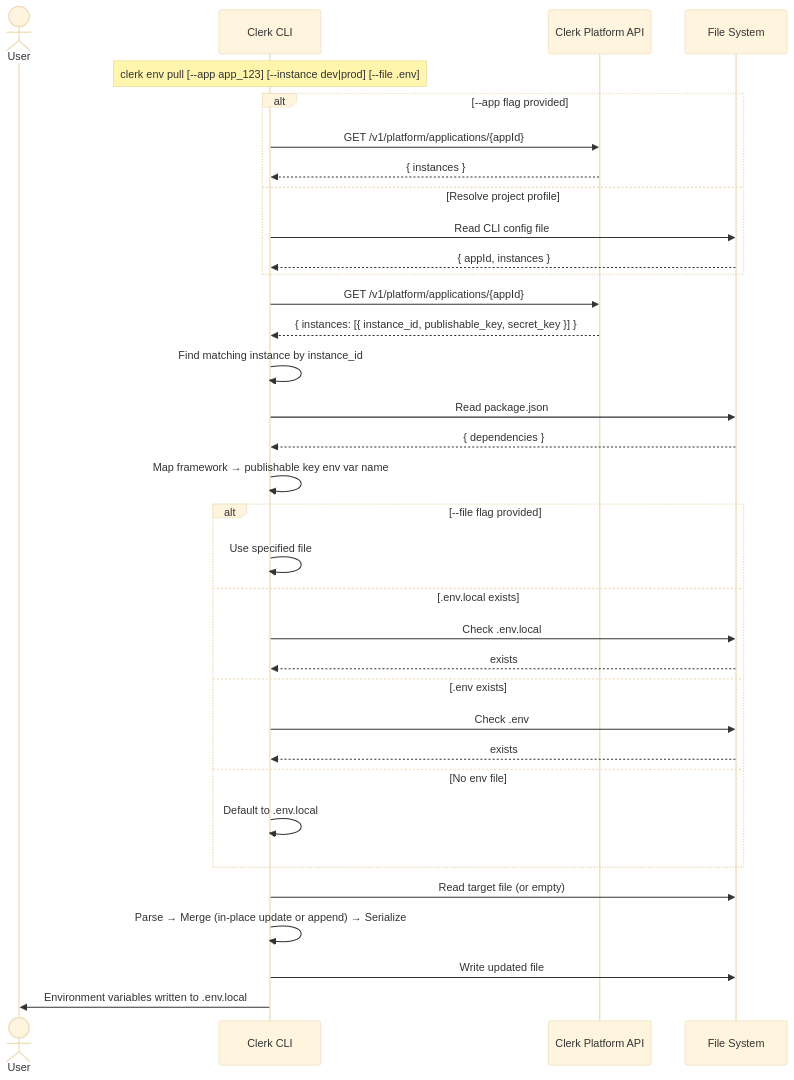
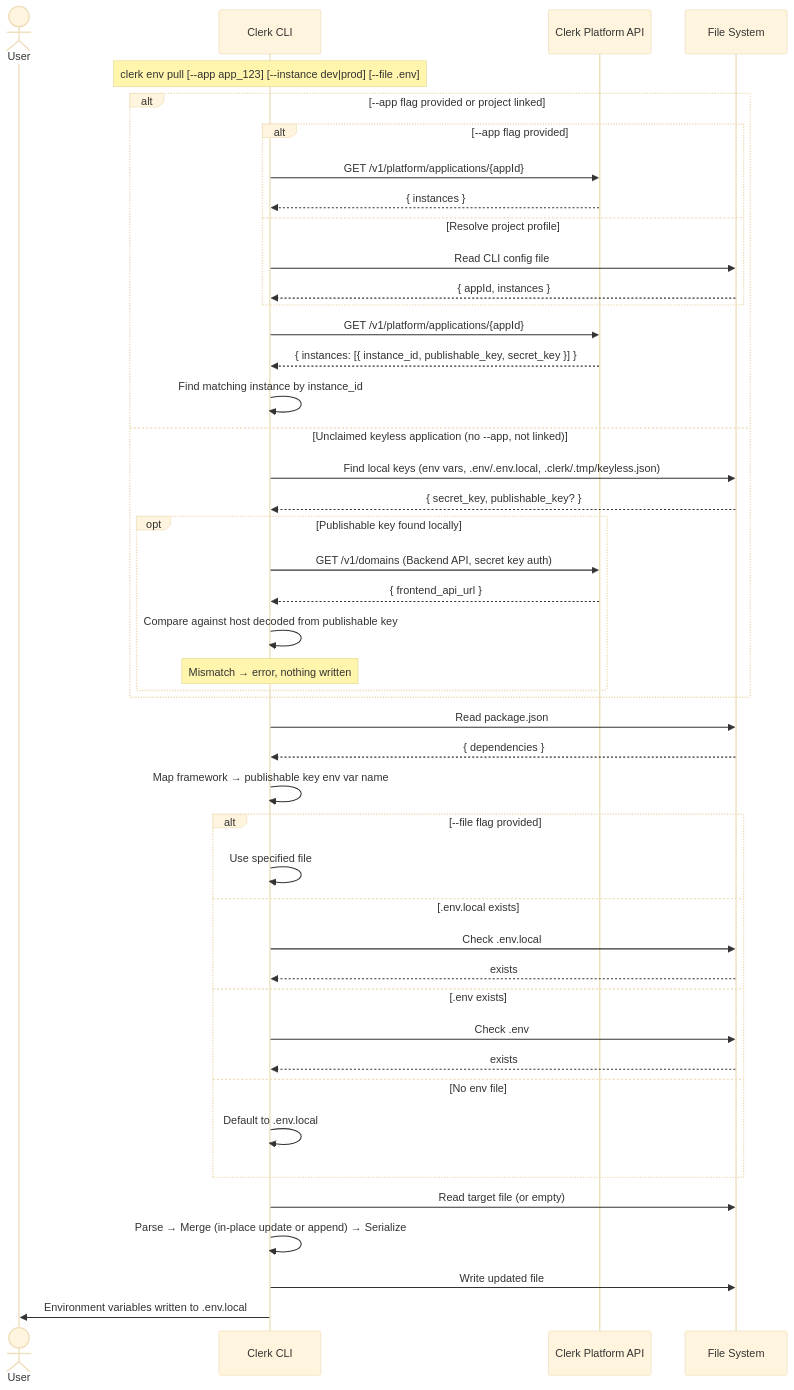
Before and after one commit to clerk/cli: the diagram in packages/cli-core/src/commands/env/README.md, drawn with Mermaid (base theme). The commit also changed other lines of this file and 52 other files, not shown here.

First line of the commit message:
feat(keyless): make keyless the default and let agents configure a keyless instance (#395)

````diff
--- a/packages/cli-core/src/commands/env/README.md
+++ b/packages/cli-core/src/commands/env/README.md
@@ -21,46 +25,57 @@
 ```mermaid
 sequenceDiagram
     actor User
     participant CLI as Clerk CLI
     participant API as Clerk Platform API
     participant FS as File System
 
     Note over CLI: clerk env pull [--app app_123] [--instance dev|prod] [--file .env]
 
-    alt --app flag provided
+    alt --app flag provided or project linked
+        alt --app flag provided
+            CLI->>API: GET /v1/platform/applications/{appId}
+            API-->>CLI: { instances }
+        else Resolve project profile
+            CLI->>FS: Read CLI config file
+            FS-->>CLI: { appId, instances }
+        end
+
+        %% Fetch application with keys
         CLI->>API: GET /v1/platform/applications/{appId}
-        API-->>CLI: { instances }
-    else Resolve project profile
-        CLI->>FS: Read CLI config file
-        FS-->>CLI: { appId, instances }
+        API-->>CLI: { instances: [{ instance_id, publishable_key, secret_key }] }
+        CLI->>CLI: Find matching instance by instance_id
+    else Unclaimed keyless application (no --app, not linked)
+        CLI->>FS: Find local keys (env vars, .env/.env.local, .clerk/.tmp/keyless.json)
+        FS-->>CLI: { secret_key, publishable_key? }
+        opt Publishable key found locally
+            CLI->>API: GET /v1/domains (Backend API, secret key auth)
+            API-->>CLI: { frontend_api_url }
+            CLI->>CLI: Compare against host decoded from publishable key
+            Note over CLI: Mismatch → error, nothing written
+        end
     end
-
-    %% Fetch application with keys
-    CLI->>API: GET /v1/platform/applications/{appId}
-    API-->>CLI: { instances: [{ instance_id, publishable_key, secret_key }] }
-    CLI->>CLI: Find matching instance by instance_id
 
     %% Detect framework
     CLI->>FS: Read package.json
     FS-->>CLI: { dependencies }
     CLI->>CLI: Map framework → publishable key env var name
 
     %% Resolve target file
     alt --file flag provided
         CLI->>CLI: Use specified file
     else .env.local exists
         CLI->>FS: Check .env.local
         FS-->>CLI: exists
     else .env exists
         CLI->>FS: Check .env
         FS-->>CLI: exists
     else No env file
         CLI->>CLI: Default to .env.local
     end
 
     %% Read, merge, write
     CLI->>FS: Read target file (or empty)
     CLI->>CLI: Parse → Merge (in-place update or append) → Serialize
     CLI->>FS: Write updated file
     CLI->>User: Environment variables written to .env.local
 ```
````
